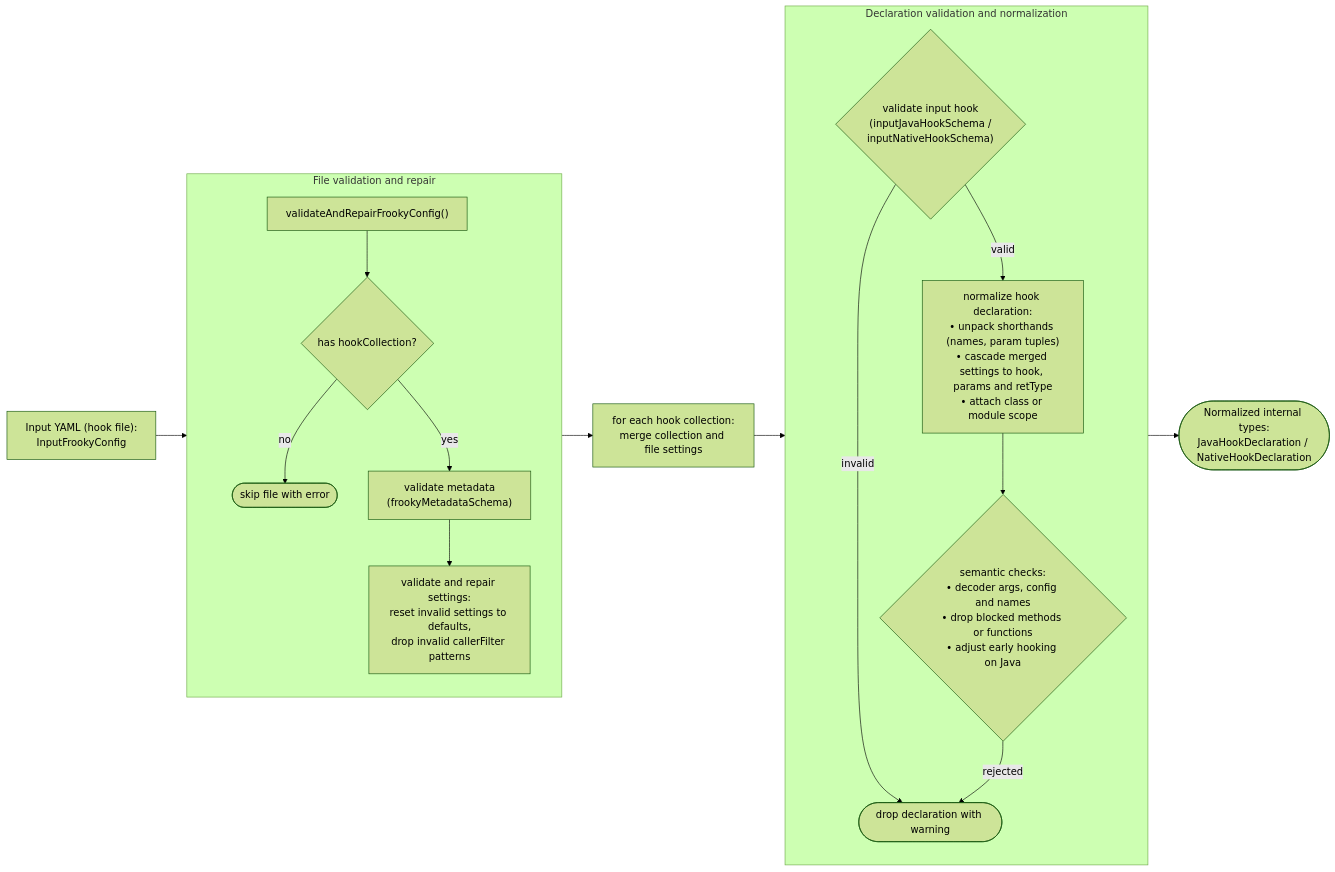
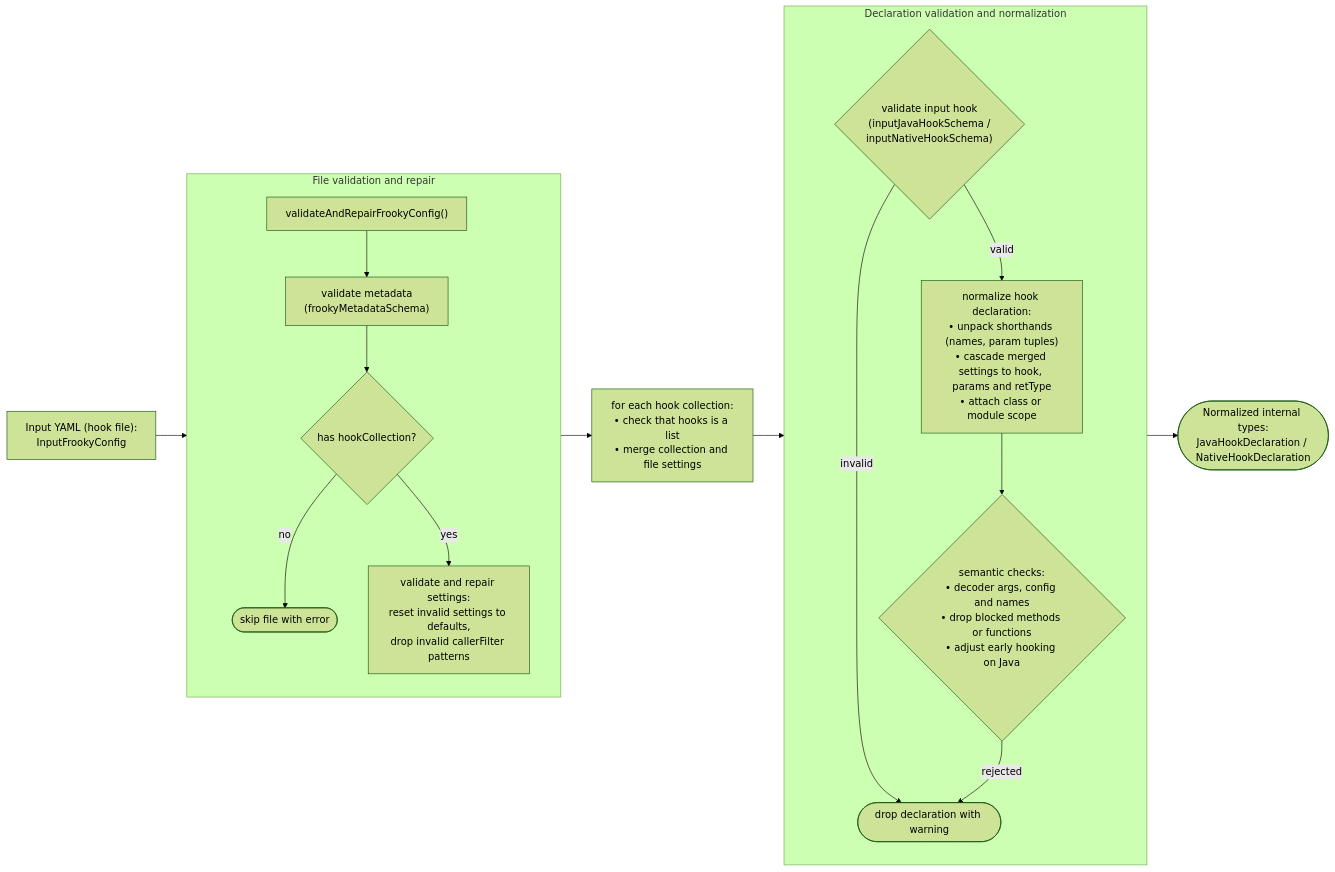
One commit to bernhste/frooky changed the second of 11 diagrams in docs/under-the-hood.md. Above: the diagram before and after it, drawn with Mermaid (forest theme). The commit also changed other lines of this file, not shown here.

Commit message:
update mermaid flow

````diff
--- a/docs/under-the-hood.md
+++ b/docs/under-the-hood.md
@@ -102,27 +106,27 @@
 ```mermaid
 flowchart LR
     yaml["Input YAML (hook file):<br/>InputFrookyConfig"]
 
     subgraph file["File validation and repair"]
         direction TB
-        vcfg["validateAndRepairFrookyConfig()"] --> hasColl{"has hookCollection?"}
+        vcfg["validateAndRepairFrookyConfig()"] --> vmeta["validate metadata<br/>(frookyMetadataSchema)"]
+        vmeta --> hasColl{"has hookCollection?"}
         hasColl -->|no| skip(["skip file with error"])
-        hasColl -->|yes| vmeta["validate metadata<br/>(frookyMetadataSchema)"]
-        vmeta --> vsettings["validate and repair settings:<br/>reset invalid settings to defaults,<br/>drop invalid callerFilter patterns"]
+        hasColl -->|yes| vsettings["validate and repair settings:<br/>reset invalid settings to defaults,<br/>drop invalid callerFilter patterns"]
     end
 
-    coll["for each hook collection:<br/>merge collection and file settings"]
+    coll["for each hook collection:<br/>• check that hooks is a list<br/>• merge collection and file settings"]
 
     subgraph decl["Declaration validation and normalization"]
         direction TB
         vhook{"validate input hook<br/>(inputJavaHookSchema /<br/>inputNativeHookSchema)"}
         vhook -->|invalid| drop(["drop declaration with warning"])
         vhook -->|valid| norm["normalize hook declaration:<br/>• unpack shorthands (names, param tuples)<br/>• cascade merged settings to hook, params and retType<br/>• attach class or module scope"]
         norm --> sem{"semantic checks:<br/>• decoder args, config and names<br/>• drop blocked methods or functions<br/>• adjust early hooking on Java"}
         sem -->|rejected| drop
     end
 
     normHook(["Normalized internal types:<br/>JavaHookDeclaration / NativeHookDeclaration"])
 
     yaml --> file --> coll --> decl --> normHook
 ```
````
